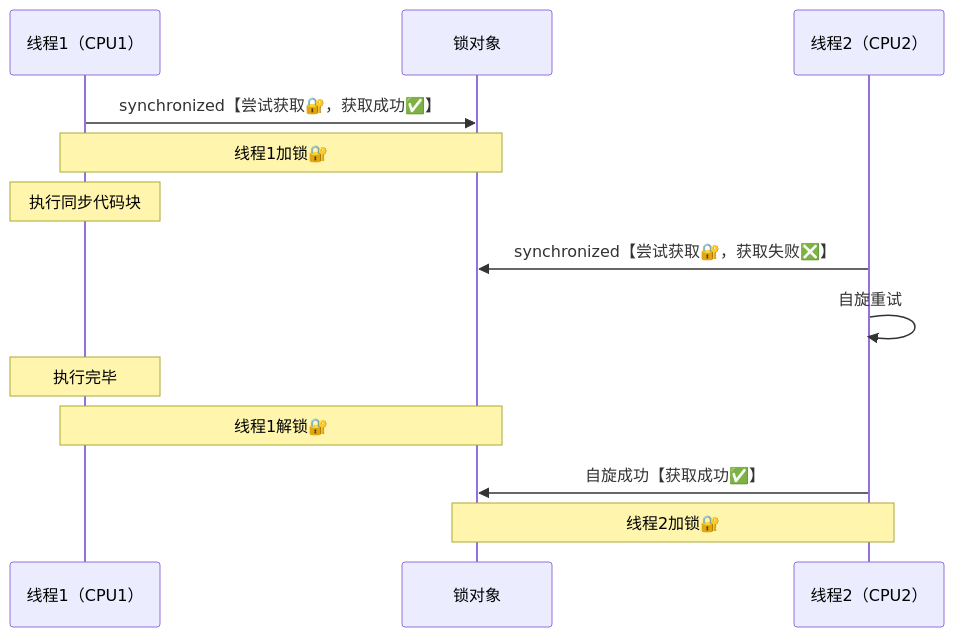
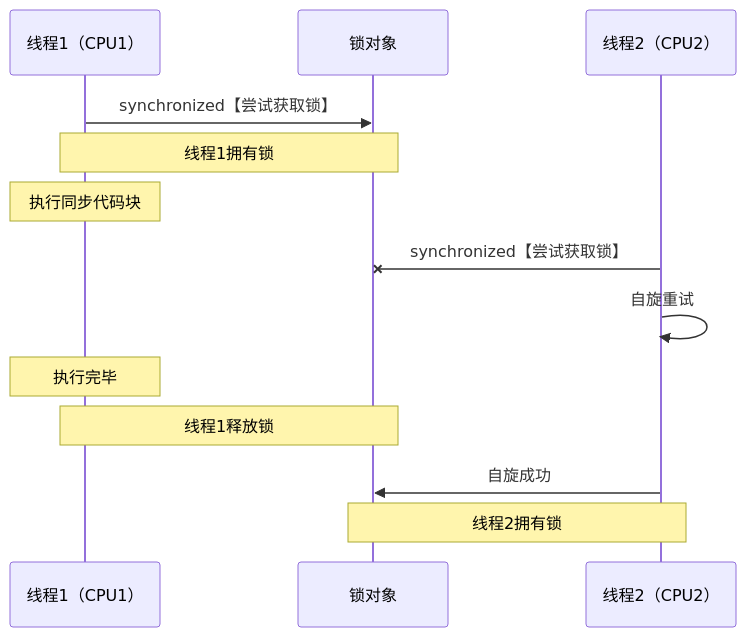
The fifth of 6 diagrams in Java/concurrency/Java并发.md (UpUpPeng/AndroidLearningNotes), drawn with Mermaid before and after one commit. The commit also changed other lines of this file, not shown here.

````diff
--- a/Java/concurrency/Java并发.md
+++ b/Java/concurrency/Java并发.md
@@ -1007,16 +1007,16 @@
 ```mermaid
 sequenceDiagram
 	participant 线程1 as 线程1（CPU1）
 	participant 锁对象
 	participant 线程2 as 线程2（CPU2）
 
-    线程1 ->> 锁对象 : synchronized【尝试获取🔐，获取成功✅】
-    Note over 线程1,锁对象 : 线程1加锁🔐
+    线程1 ->> 锁对象 : synchronized【尝试获取锁】
+    Note over 线程1,锁对象 : 线程1拥有锁
     Note over 线程1 : 执行同步代码块
-    线程2 ->> 锁对象 : synchronized【尝试获取🔐，获取失败❎】
+    线程2 -x 锁对象 : synchronized【尝试获取锁】
     线程2 ->> 线程2 : 自旋重试
     Note over 线程1 : 执行完毕
-    Note over 线程1,锁对象 : 线程1解锁🔐
-    线程2 ->> 锁对象 : 自旋成功【获取成功✅】
-    Note over 线程2,锁对象 : 线程2加锁🔐
+    Note over 线程1,锁对象 : 线程1释放锁
+    线程2 ->> 锁对象 : 自旋成功
+    Note over 线程2,锁对象 : 线程2拥有锁
 ```
````
